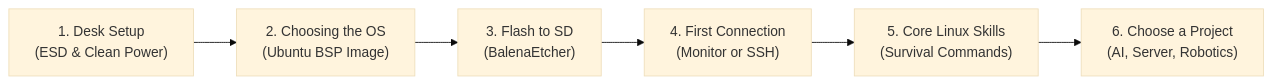
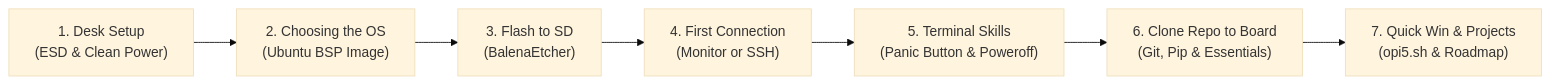
The first of 2 diagrams in guides/English/00-Beginners-Zero-to-Hero-Roadmap.md (muhammetmucahitsoylu/orangepi5-tutorials), drawn with Mermaid (base theme) before and after one commit. The commit also changed other lines of this file and 1 other file, not shown here.

Commit message:
docs: enrich beginner onboarding with panic shortcuts, safe shutdown, repo cloning and quick win

````diff
--- a/guides/English/00-Beginners-Zero-to-Hero-Roadmap.md
+++ b/guides/English/00-Beginners-Zero-to-Hero-Roadmap.md
@@ -10,8 +10,9 @@
 ```mermaid
 flowchart LR
     A["1. Desk Setup<br>(ESD & Clean Power)"] --> B["2. Choosing the OS<br>(Ubuntu BSP Image)"]
     B --> C["3. Flash to SD<br>(BalenaEtcher)"]
     C --> D["4. First Connection<br>(Monitor or SSH)"]
-    D --> E["5. Core Linux Skills<br>(Survival Commands)"]
-    E --> F["6. Choose a Project<br>(AI, Server, Robotics)"]
+    D --> E["5. Terminal Skills<br>(Panic Button & Poweroff)"]
+    E --> F["6. Clone Repo to Board<br>(Git, Pip & Essentials)"]
+    F --> G["7. Quick Win & Projects<br>(opi5.sh & Roadmap)"]
 ```
````
